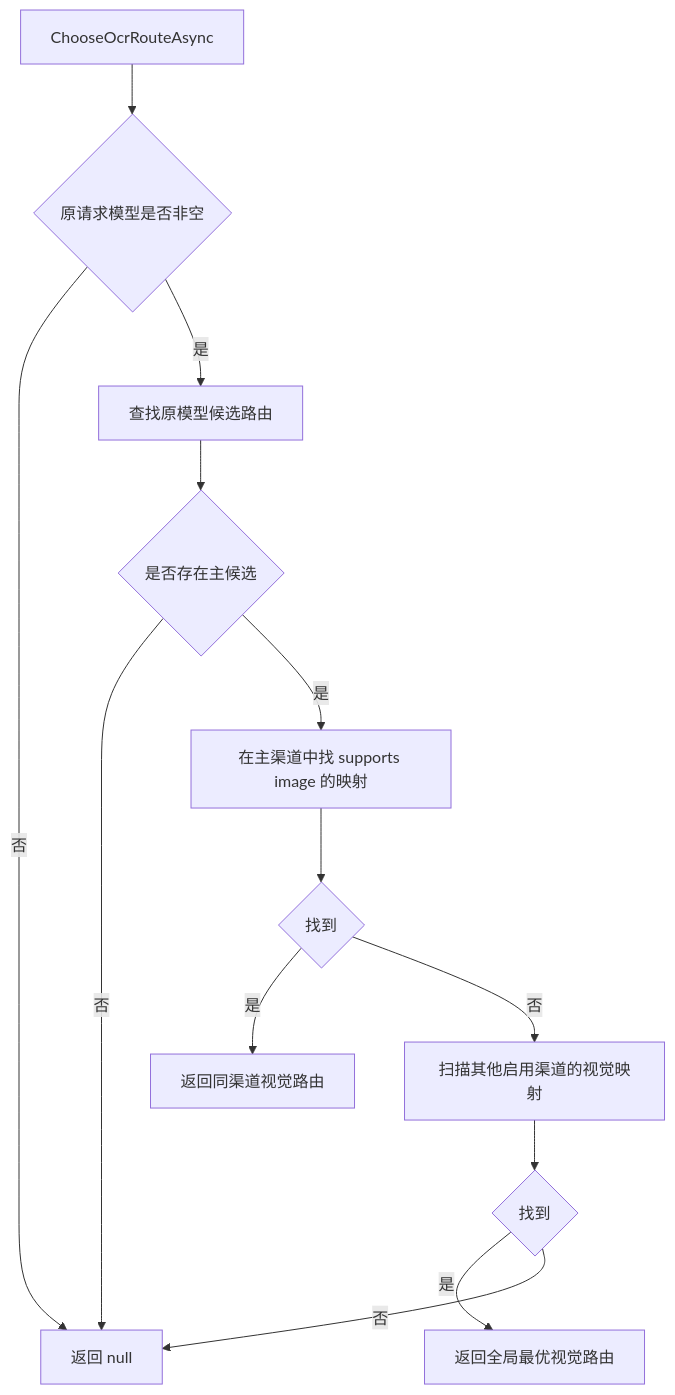
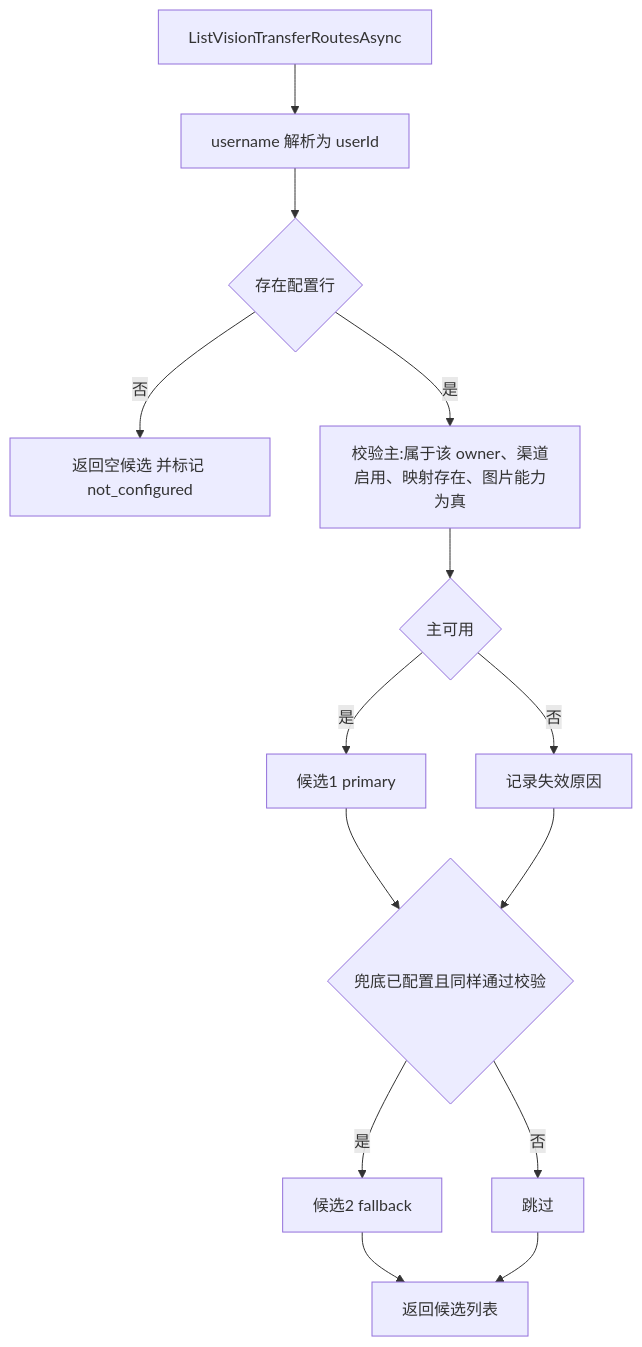
The second of 3 diagrams in doc/proxy-conversion/08-special-flows/01-image-detection-ocr-fallback-and-images-boundary.md (shL1481558059/OpenCodex), drawn with Mermaid before and after one commit. The commit also changed other lines of this file and 41 other files, not shown here.

Commit message:
feat: 图片识别转移模型 per-owner 手动配置与兜底重试

````diff
--- a/doc/proxy-conversion/08-special-flows/01-image-detection-ocr-fallback-and-images-boundary.md
+++ b/doc/proxy-conversion/08-special-flows/01-image-detection-ocr-fallback-and-images-boundary.md
@@ -178,15 +171,16 @@
 ```mermaid
 flowchart TD
-    A["ChooseOcrRouteAsync"] --> B{"原请求模型是否非空"}
-    B -->|"否"| C["返回 null"]
-    B -->|"是"| D["查找原模型候选路由"]
-    D --> E{"是否存在主候选"}
-    E -->|"否"| C
-    E -->|"是"| F["在主渠道中找 supports image 的映射"]
-    F --> G{"找到"}
-    G -->|"是"| H["返回同渠道视觉路由"]
-    G -->|"否"| I["扫描其他启用渠道的视觉映射"]
-    I --> J{"找到"}
-    J -->|"是"| K["返回全局最优视觉路由"]
-    J -->|"否"| C
+    A["ListVisionTransferRoutesAsync"] --> B["username 解析为 userId"]
+    B --> C{"存在配置行"}
+    C -->|"否"| D["返回空候选 并标记 not_configured"]
+    C -->|"是"| E["校验主:属于该 owner、渠道启用、映射存在、图片能力为真"]
+    E --> F{"主可用"}
+    F -->|"是"| G["候选1 primary"]
+    F -->|"否"| H["记录失效原因"]
+    G --> I{"兜底已配置且同样通过校验"}
+    H --> I
+    I -->|"是"| J["候选2 fallback"]
+    I -->|"否"| K["跳过"]
+    J --> L["返回候选列表"]
+    K --> L
 ```
````
